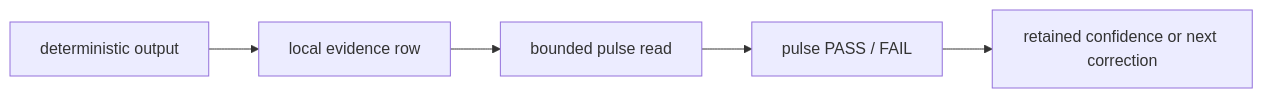
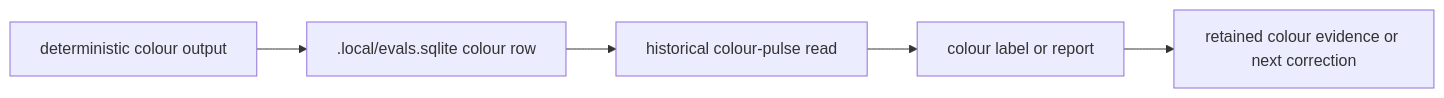
One commit to tryskian/huemiliator changed the second of 3 diagrams in docs/runtime/ARCHITECTURE.md. Above: the diagram before and after it, drawn with Mermaid. The commit also changed other lines of this file and 27 other files, not shown here.

````diff
--- a/docs/runtime/ARCHITECTURE.md
+++ b/docs/runtime/ARCHITECTURE.md
@@ -106,12 +87,12 @@
 ```mermaid
 flowchart LR
-  A["deterministic output"]
-  B["local evidence row"]
-  C["bounded pulse read"]
-  D["pulse PASS / FAIL"]
-  E["retained confidence or next correction"]
+  A["deterministic colour output"]
+  B[".local/evals.sqlite colour row"]
+  C["historical colour-pulse read"]
+  D["colour label or report"]
+  E["retained colour evidence or next correction"]
 
   A --> B --> C
   C --> D
   D --> E
 ```
````
